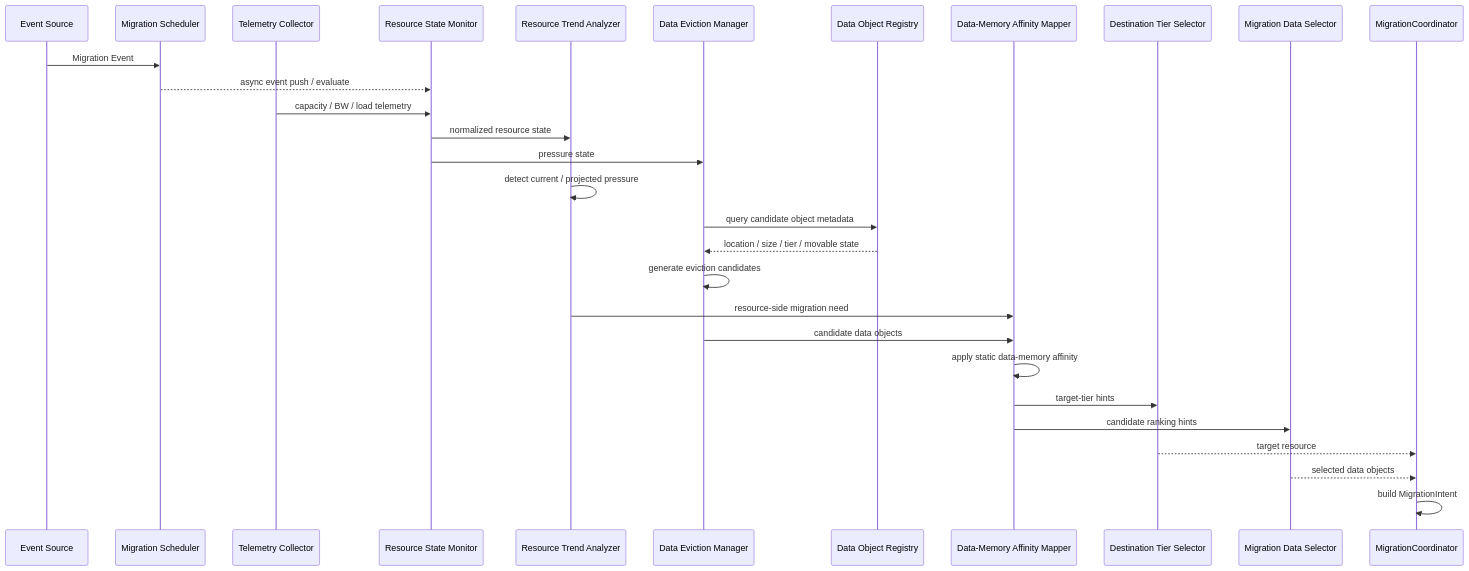
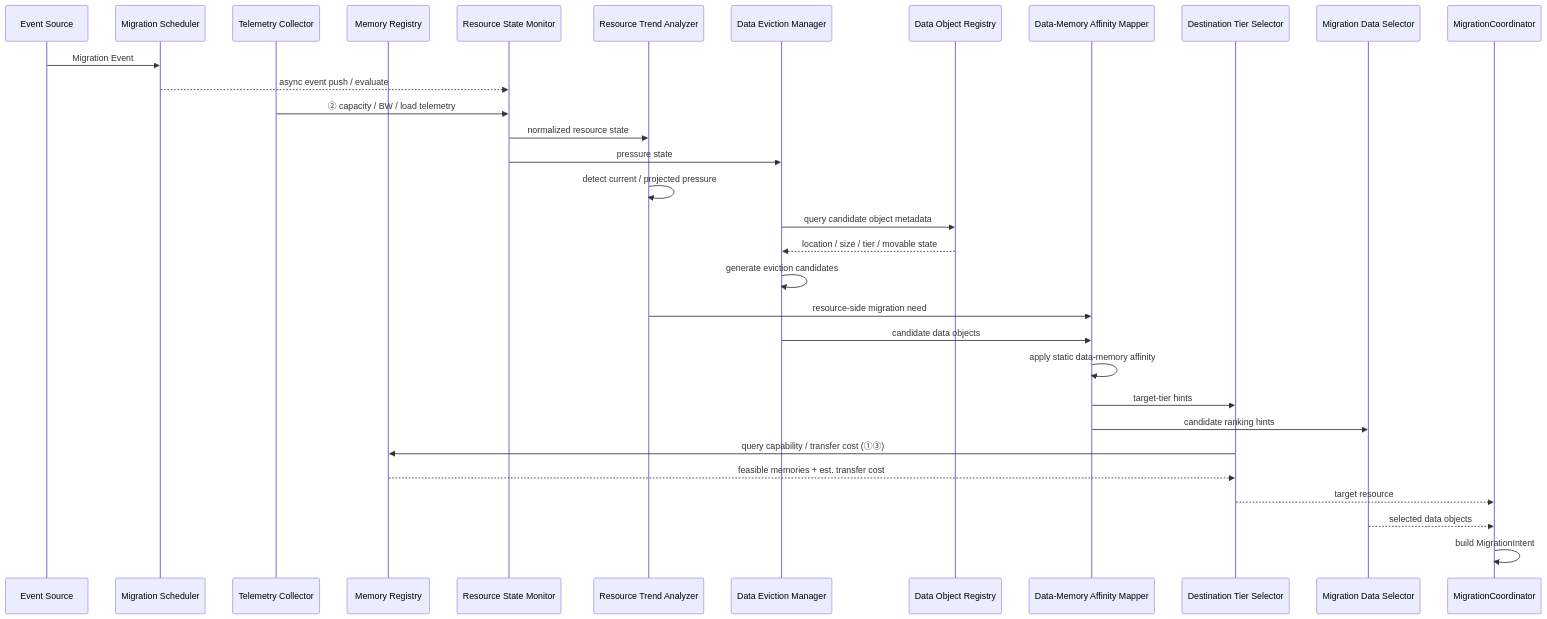
Before and after one commit to mkim0628/vllm: the second of 4 diagrams in doc-mk/DP1/dp1-ai-data-migration-decision-architecture.md, drawn with Mermaid. The commit also changed other lines of this file, not shown here.

First line of the commit message:
DP1 doc: align C1/C2 module descriptions and diagrams with slides (Resource Manager links only RSM and DTS)

```diff
--- a/doc-mk/DP1/dp1-ai-data-migration-decision-architecture.md
+++ b/doc-mk/DP1/dp1-ai-data-migration-decision-architecture.md
@@ -1258,38 +1268,42 @@
 ~~~mermaid
 sequenceDiagram
     participant E as Event Source
     participant MS as Migration Scheduler
     participant TC as Telemetry Collector
+    participant MR as Memory Registry
     participant RSM as Resource State Monitor
     participant RTA as Resource Trend Analyzer
     participant DEM as Data Eviction Manager
     participant DOR as Data Object Registry
     participant AM as Data-Memory Affinity Mapper
     participant DTS as Destination Tier Selector
     participant MDS as Migration Data Selector
     participant MC as MigrationCoordinator
 
     E->>MS: Migration Event
     MS-->>RSM: async event push / evaluate
 
-    TC->>RSM: capacity / BW / load telemetry
+    TC->>RSM: ② capacity / BW / load telemetry
     RSM->>RTA: normalized resource state
     RSM->>DEM: pressure state
 
     RTA->>RTA: detect current / projected pressure
 
     DEM->>DOR: query candidate object metadata
     DOR-->>DEM: location / size / tier / movable state
     DEM->>DEM: generate eviction candidates
 
     RTA->>AM: resource-side migration need
     DEM->>AM: candidate data objects
     AM->>AM: apply static data-memory affinity
 
     AM->>DTS: target-tier hints
     AM->>MDS: candidate ranking hints
 
+    DTS->>MR: query capability / transfer cost (①③)
+    MR-->>DTS: feasible memories + est. transfer cost
+
     DTS-->>MC: target resource
     MDS-->>MC: selected data objects
     MC->>MC: build MigrationIntent
 ~~~
```
